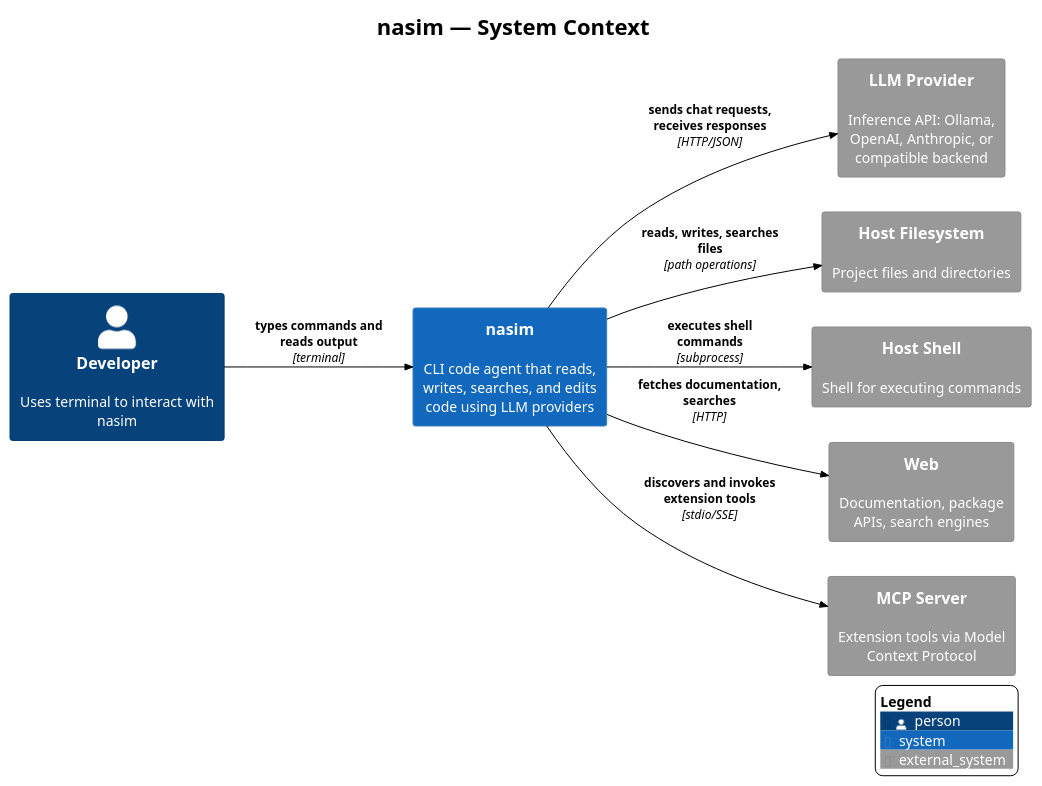
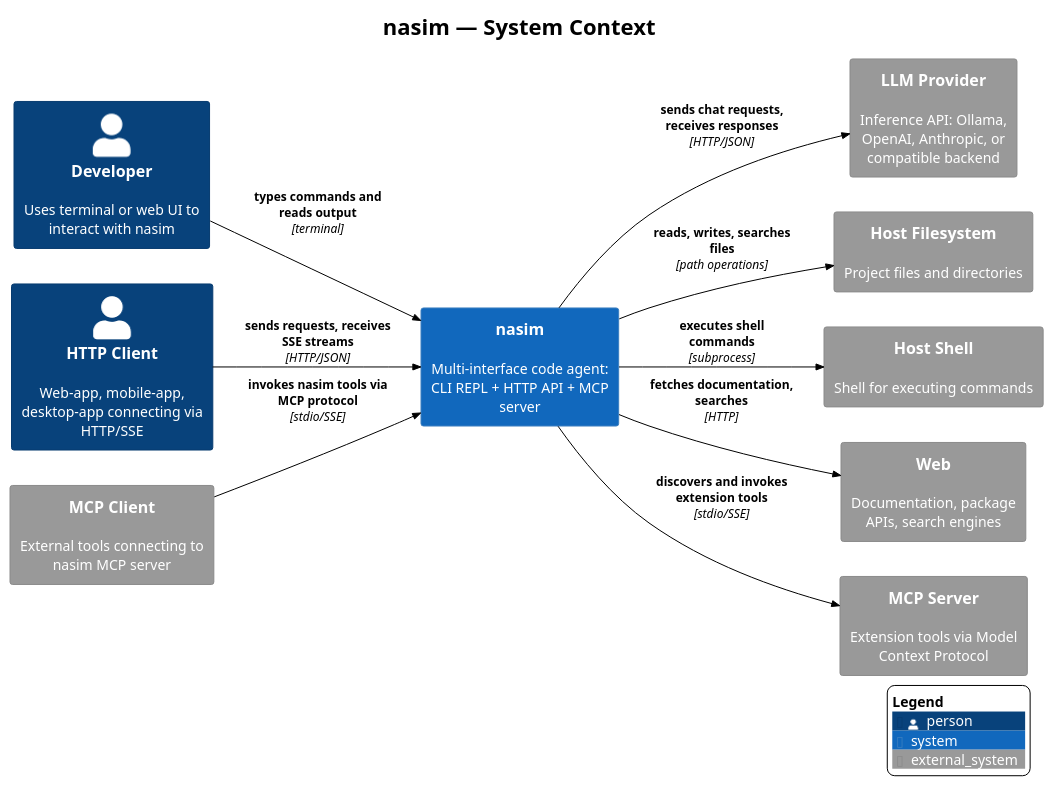
Before and after one commit to salimnamvar/nasim: the diagram in docs/c4/c4_nasim_context.puml, drawn with PlantUML. The commit also changed 27 other files, not shown here.

First line of the commit message:
docs: Enhance agent lifecycle and introduce hook system

```diff
--- a/docs/c4/c4_nasim_context.puml
+++ b/docs/c4/c4_nasim_context.puml
@@ -1,34 +1,38 @@
 !include https://raw.githubusercontent.com/plantuml-stdlib/C4-PlantUML/v2.10.0/C4_Context.puml
 !theme plain
 LAYOUT_LEFT_RIGHT()
 
 ' ============================================================
 ' Title:     nasim — System Context
-' Boundary:  nasim code agent CLI
-' Purpose:   Show nasim as a system and all external dependencies
+' Boundary:  nasim code agent CLI + HTTP API
+' Purpose:   Show nasim as a system with all interfaces and external dependencies
 ' Milestone: v1.0
-' Version:   2.0.0
-' Source:    docs/audit/audit_2026-06-20_capability-and-architecture.md
+' Version:   3.0.0
+' Source:    docs/audit/nasim-car-improvement-plan.md
 ' Review:    —
 ' ============================================================
 
 title nasim — System Context
 
-Person(user, "Developer", "Uses terminal to interact with nasim")
+Person(dev, "Developer", "Uses terminal or web UI to interact with nasim")
+Person(http_client, "HTTP Client", "Web-app, mobile-app, desktop-app connecting via HTTP/SSE")
 
-System(nasim, "nasim", "CLI code agent that reads, writes, searches, and edits code using LLM providers")
+System(nasim, "nasim", "Multi-interface code agent: CLI REPL + HTTP API + MCP server")
 
 System_Ext(llm_provider, "LLM Provider", "Inference API: Ollama, OpenAI, Anthropic, or compatible backend")
 System_Ext(host_fs, "Host Filesystem", "Project files and directories")
 System_Ext(host_shell, "Host Shell", "Shell for executing commands")
 System_Ext(web, "Web", "Documentation, package APIs, search engines")
 System_Ext(mcp_server, "MCP Server", "Extension tools via Model Context Protocol")
+System_Ext(mcp_client, "MCP Client", "External tools connecting to nasim MCP server")
 
-Rel(user, nasim, "types commands and reads output", "terminal")
+Rel(dev, nasim, "types commands and reads output", "terminal")
+Rel(http_client, nasim, "sends requests, receives SSE streams", "HTTP/JSON")
 Rel(nasim, llm_provider, "sends chat requests, receives responses", "HTTP/JSON")
 Rel(nasim, host_fs, "reads, writes, searches files", "path operations")
 Rel(nasim, host_shell, "executes shell commands", "subprocess")
 Rel(nasim, web, "fetches documentation, searches", "HTTP")
 Rel(nasim, mcp_server, "discovers and invokes extension tools", "stdio/SSE")
+Rel(mcp_client, nasim, "invokes nasim tools via MCP protocol", "stdio/SSE")
 
 SHOW_LEGEND()
```
